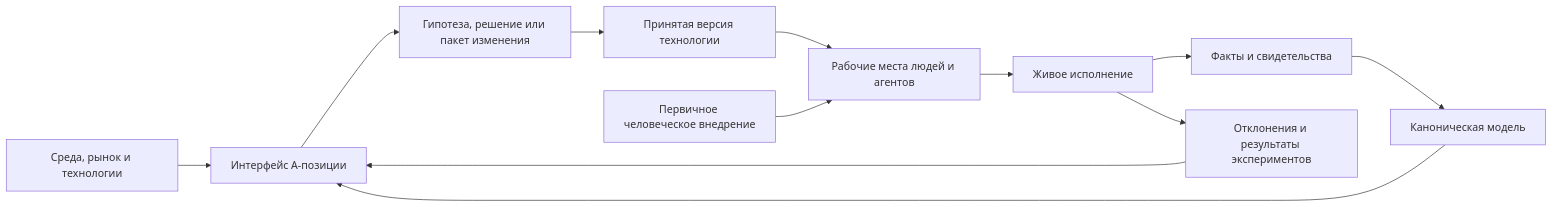
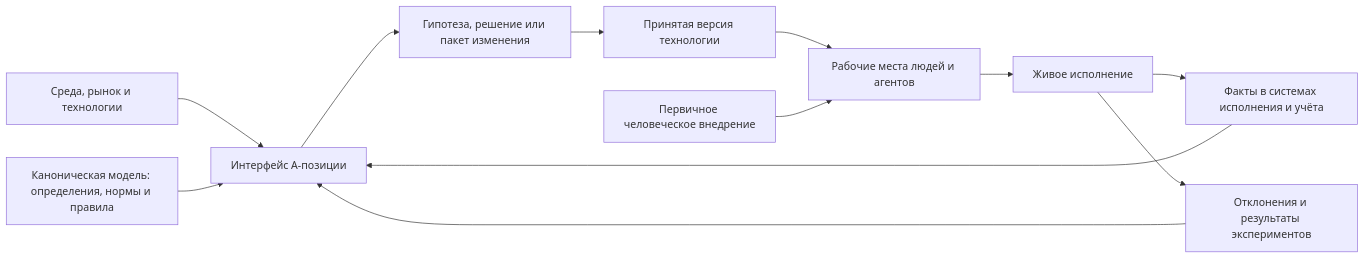
Before and after one commit to Vladick-Pick/production-system-skills: the diagram in docs/PROJECT-INTENT.md, drawn with Mermaid. The commit also changed other lines of this file and 24 other files, not shown here.

```diff
--- a/docs/PROJECT-INTENT.md
+++ b/docs/PROJECT-INTENT.md
@@ -99,14 +111,14 @@
 ~~~mermaid
 flowchart LR
     A["Среда, рынок и технологии"] --> B["Интерфейс A-позиции"]
-    C["Живое исполнение"] --> D["Факты и свидетельства"]
-    D --> E["Каноническая модель"]
-    E --> B
+    C["Живое исполнение"] --> D["Факты в системах исполнения и учёта"]
+    D --> B
+    E["Каноническая модель: определения, нормы и правила"] --> B
     B --> F["Гипотеза, решение или пакет изменения"]
     F --> G["Принятая версия технологии"]
     G --> H["Рабочие места людей и агентов"]
     I["Первичное человеческое внедрение"] --> H
     H --> C
     C --> J["Отклонения и результаты экспериментов"]
     J --> B
 ~~~
```
